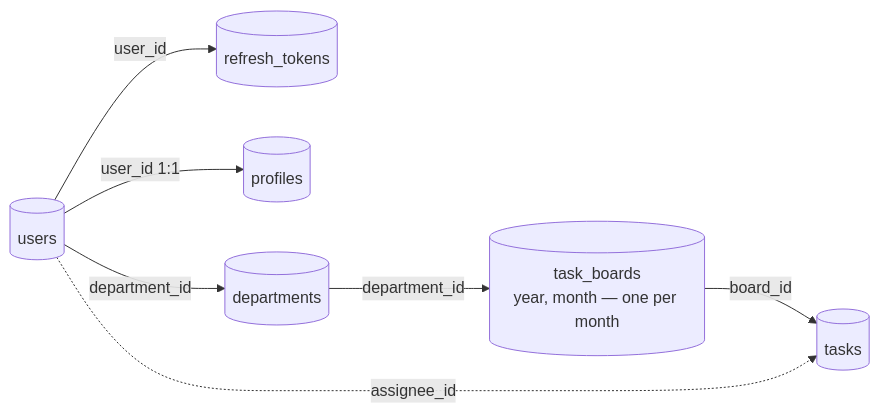
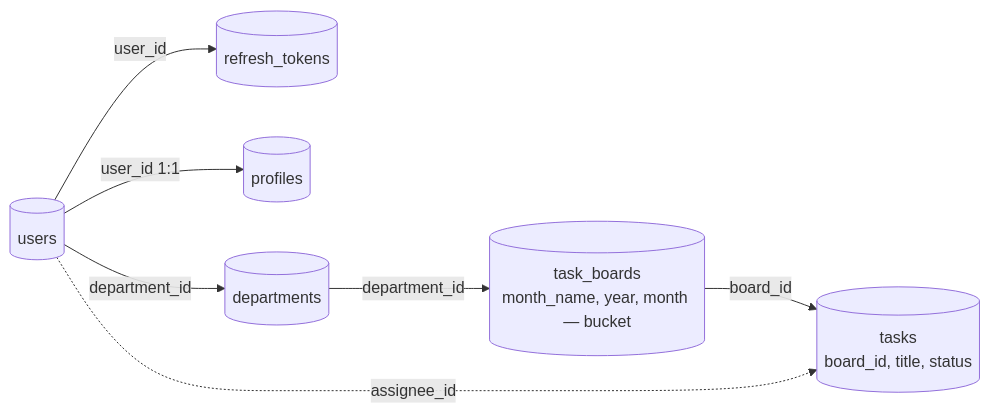
One commit to dexterR35/task-tracker-app changed the diagram in server/db/SCHEMA.md. Above: the diagram before and after it, drawn with Mermaid. The commit also changed other lines of this file and 32 other files, not shown here.

````diff
--- a/server/db/SCHEMA.md
+++ b/server/db/SCHEMA.md
@@ -72,16 +72,16 @@
 ```mermaid
 flowchart LR
   users[(users)]
   refresh_tokens[(refresh_tokens)]
   profiles[(profiles)]
   departments[(departments)]
-  task_boards[("task_boards<br/>year, month — one per month")]
-  tasks[(tasks)]
+  task_boards[("task_boards<br/>month_name, year, month — bucket")]
+  tasks[("tasks<br/>board_id, title, status")]
 
   users -- user_id 1:1 --> profiles
   users -- user_id --> refresh_tokens
   users -- department_id --> departments
   departments -- department_id --> task_boards
   task_boards -- board_id --> tasks
   users -. assignee_id .-> tasks
 ```
````
